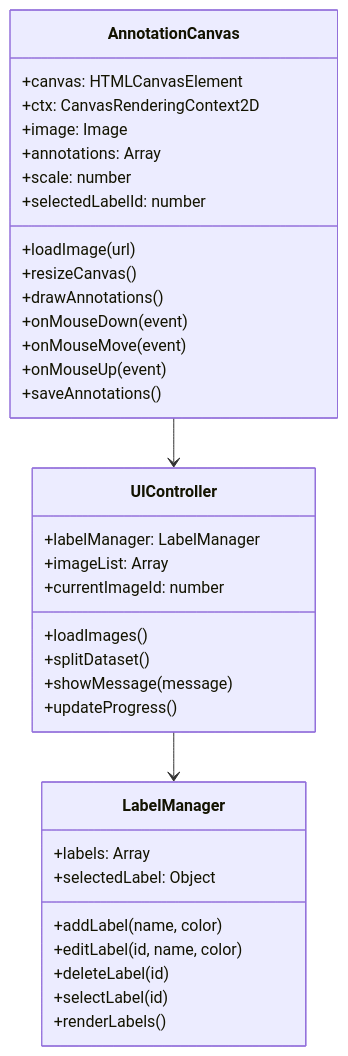
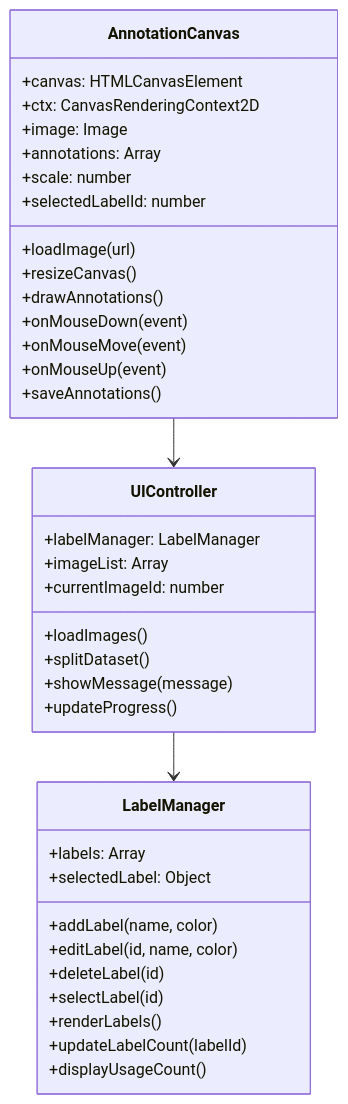
The fifth of 7 diagrams in document.md (ikedachin/yolo_annotator), drawn with Mermaid before and after one commit. The commit also changed other lines of this file and 3 other files, not shown here.

````diff
--- a/document.md
+++ b/document.md
@@ -236,44 +241,46 @@
 ```mermaid
 classDiagram
     class AnnotationCanvas {
         +canvas: HTMLCanvasElement
         +ctx: CanvasRenderingContext2D
         +image: Image
         +annotations: Array
         +scale: number
         +selectedLabelId: number
         
         +loadImage(url)
         +resizeCanvas()
         +drawAnnotations()
         +onMouseDown(event)
         +onMouseMove(event)
         +onMouseUp(event)
         +saveAnnotations()
     }
     
     class UIController {
         +labelManager: LabelManager
         +imageList: Array
         +currentImageId: number
         
         +loadImages()
         +splitDataset()
         +showMessage(message)
         +updateProgress()
     }
     
     class LabelManager {
         +labels: Array
         +selectedLabel: Object
         
         +addLabel(name, color)
         +editLabel(id, name, color)
         +deleteLabel(id)
         +selectLabel(id)
         +renderLabels()
+        +updateLabelCount(labelId)
+        +displayUsageCount()
     }
     
     AnnotationCanvas --> UIController
     UIController --> LabelManager
 ```
````
